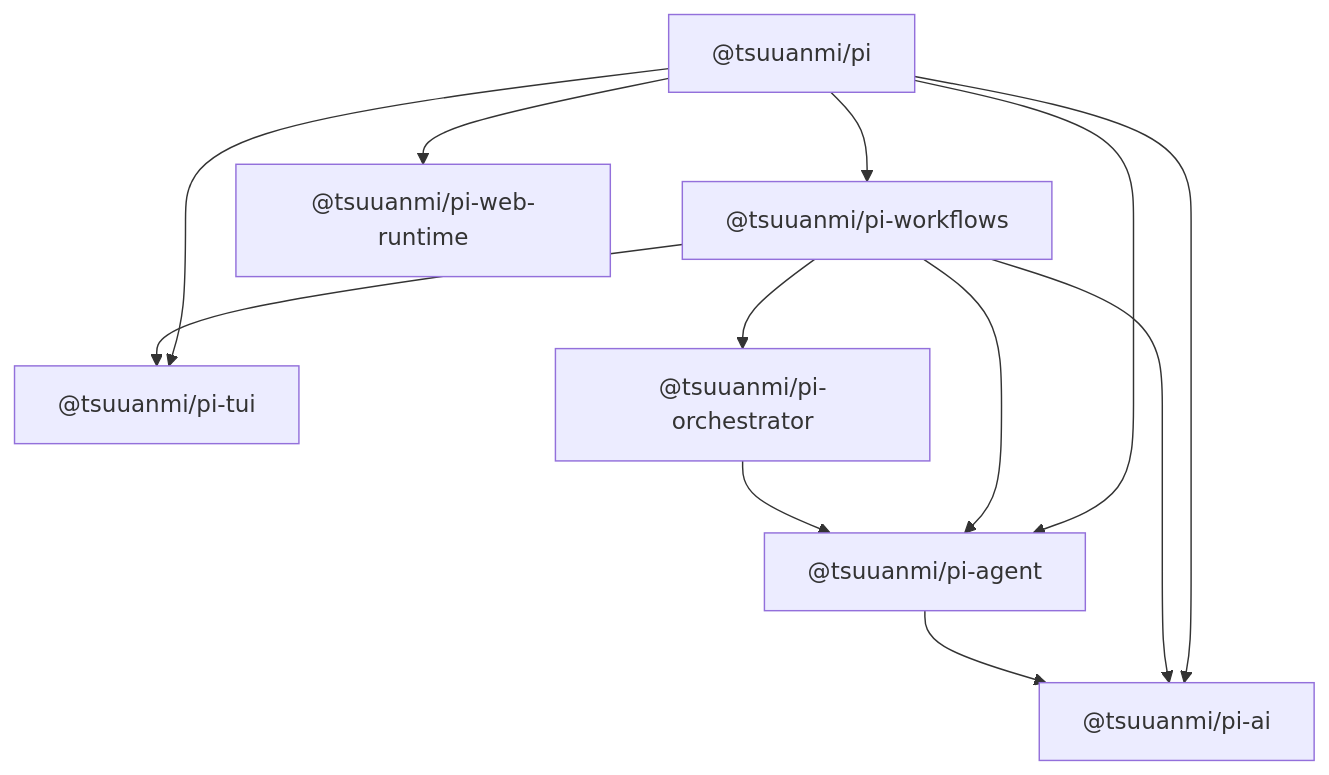
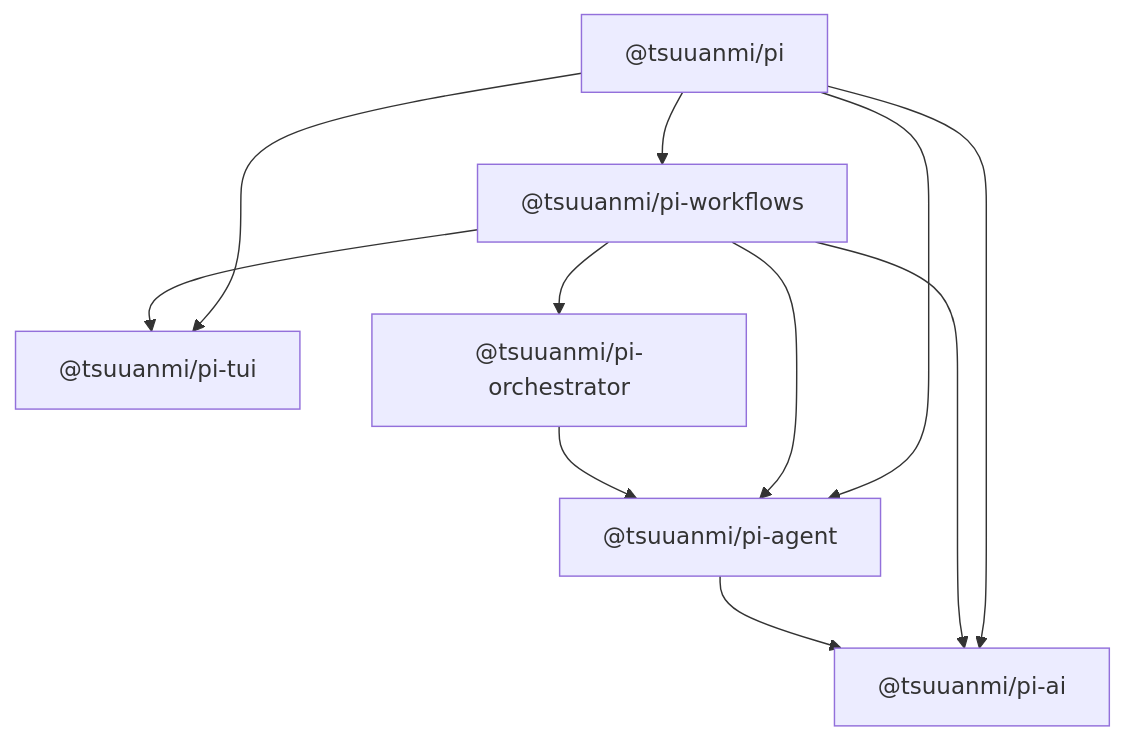
One commit to tsuuanmi/pi changed the diagram in docs/architecture/package-boundaries.md. Above: the diagram before and after it, drawn with Mermaid. The commit also changed other lines of this file and 109 other files, not shown here.

Commit message:
refactor(pi): remove web provider runtime

````diff
--- a/docs/architecture/package-boundaries.md
+++ b/docs/architecture/package-boundaries.md
@@ -22,22 +22,20 @@
 ```mermaid
 flowchart TD
   pi["@tsuuanmi/pi"]
   workflows["@tsuuanmi/pi-workflows"]
-  web["@tsuuanmi/pi-web-runtime"]
   tui["@tsuuanmi/pi-tui"]
   orchestrator["@tsuuanmi/pi-orchestrator"]
   agent["@tsuuanmi/pi-agent"]
   ai["@tsuuanmi/pi-ai"]
 
   pi --> ai
   pi --> agent
   pi --> tui
   pi --> workflows
-  pi --> web
   workflows --> ai
   workflows --> agent
   workflows --> orchestrator
   workflows --> tui
   orchestrator --> agent
   agent --> ai
 ```
````
